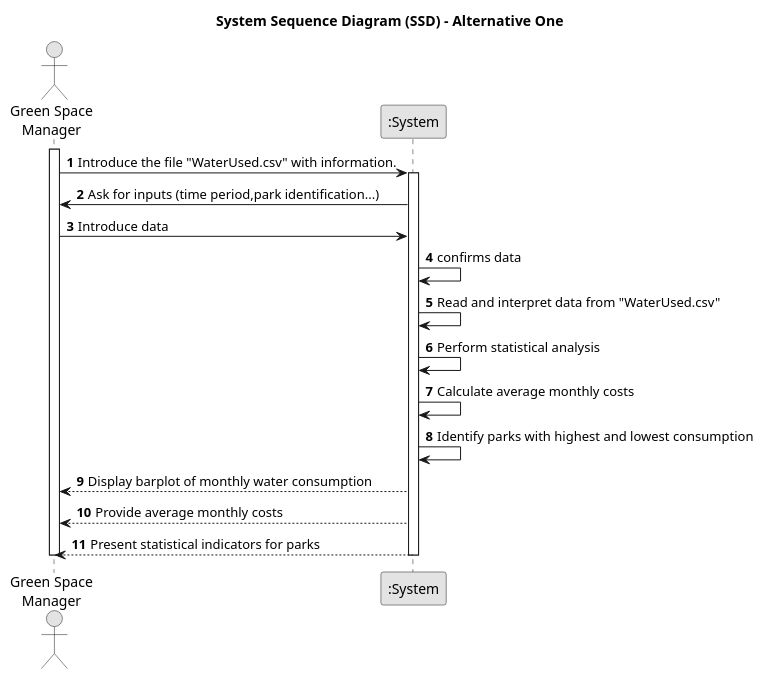
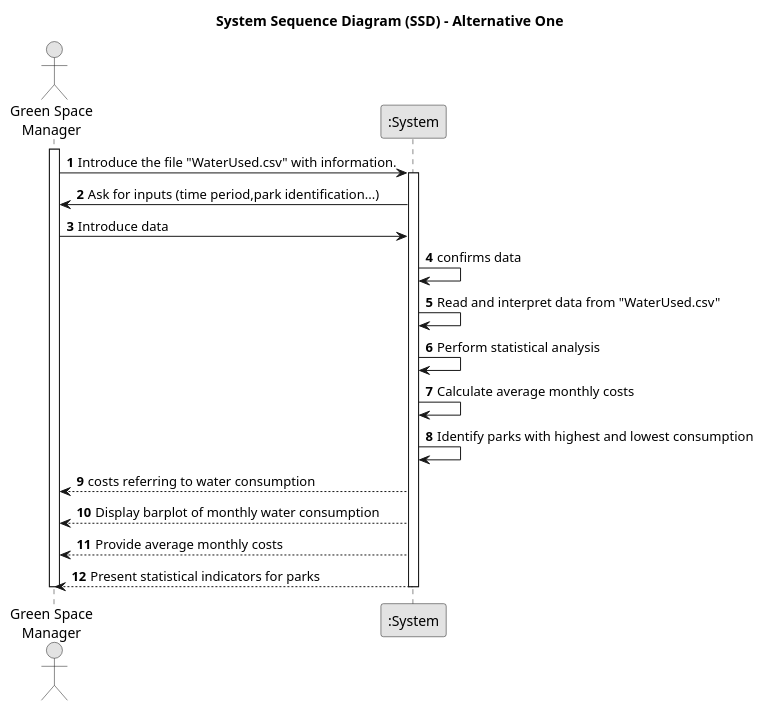
One commit to SAEmanuel/Green_Spaces_Management_ISEP changed the diagram in docs/sprintB/us009/01.requirements-engineering/puml/us009-system-sequence-diagram-alternative-one.puml. Above: the diagram before and after it, drawn with PlantUML. The commit also changed 3 other files, not shown here.

```diff
--- a/docs/sprintB/us009/01.requirements-engineering/puml/us009-system-sequence-diagram-alternative-one.puml
+++ b/docs/sprintB/us009/01.requirements-engineering/puml/us009-system-sequence-diagram-alternative-one.puml
@@ -1,32 +1,32 @@
 @startuml
 skinparam monochrome true
 skinparam packageStyle rectangle
 skinparam shadowing false
 
 title System Sequence Diagram (SSD) - Alternative One
 
 autonumber
 
 actor "Green Space\nManager" as gsm
 participant ":System" as System
 
         activate gsm
 
         gsm -> System: Introduce the file "WaterUsed.csv" with information.
         activate System
 
         System -> gsm: Ask for inputs (time period,park identification...)
         gsm -> System : Introduce data
         System -> System : confirms data
         System -> System : Read and interpret data from "WaterUsed.csv"
         System -> System: Perform statistical analysis
         System -> System: Calculate average monthly costs
         System -> System: Identify parks with highest and lowest consumption
-
+        System --> gsm: costs referring to water consumption
         System --> gsm: Display barplot of monthly water consumption
         System --> gsm: Provide average monthly costs
         System --> gsm: Present statistical indicators for parks
 
         deactivate System
         deactivate gsm
 @enduml
```
